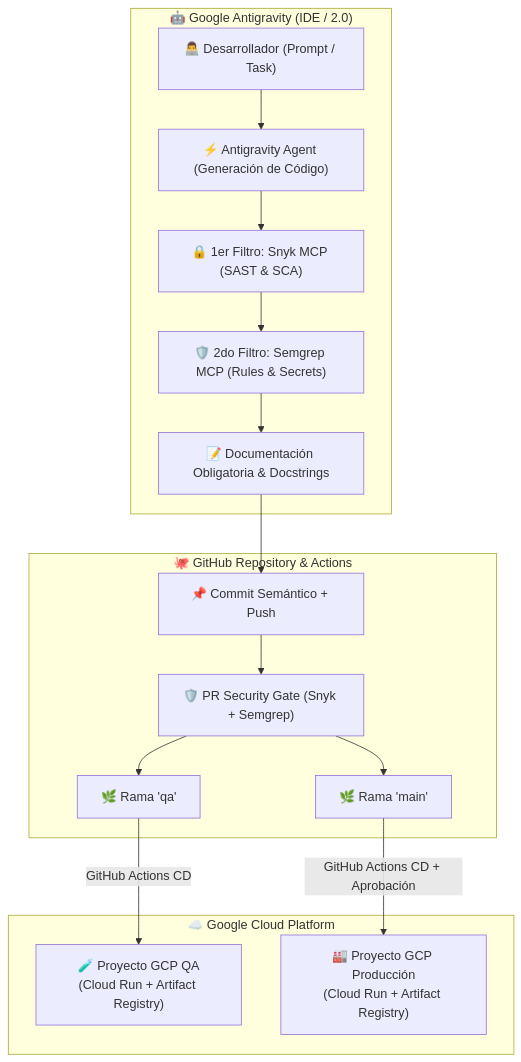
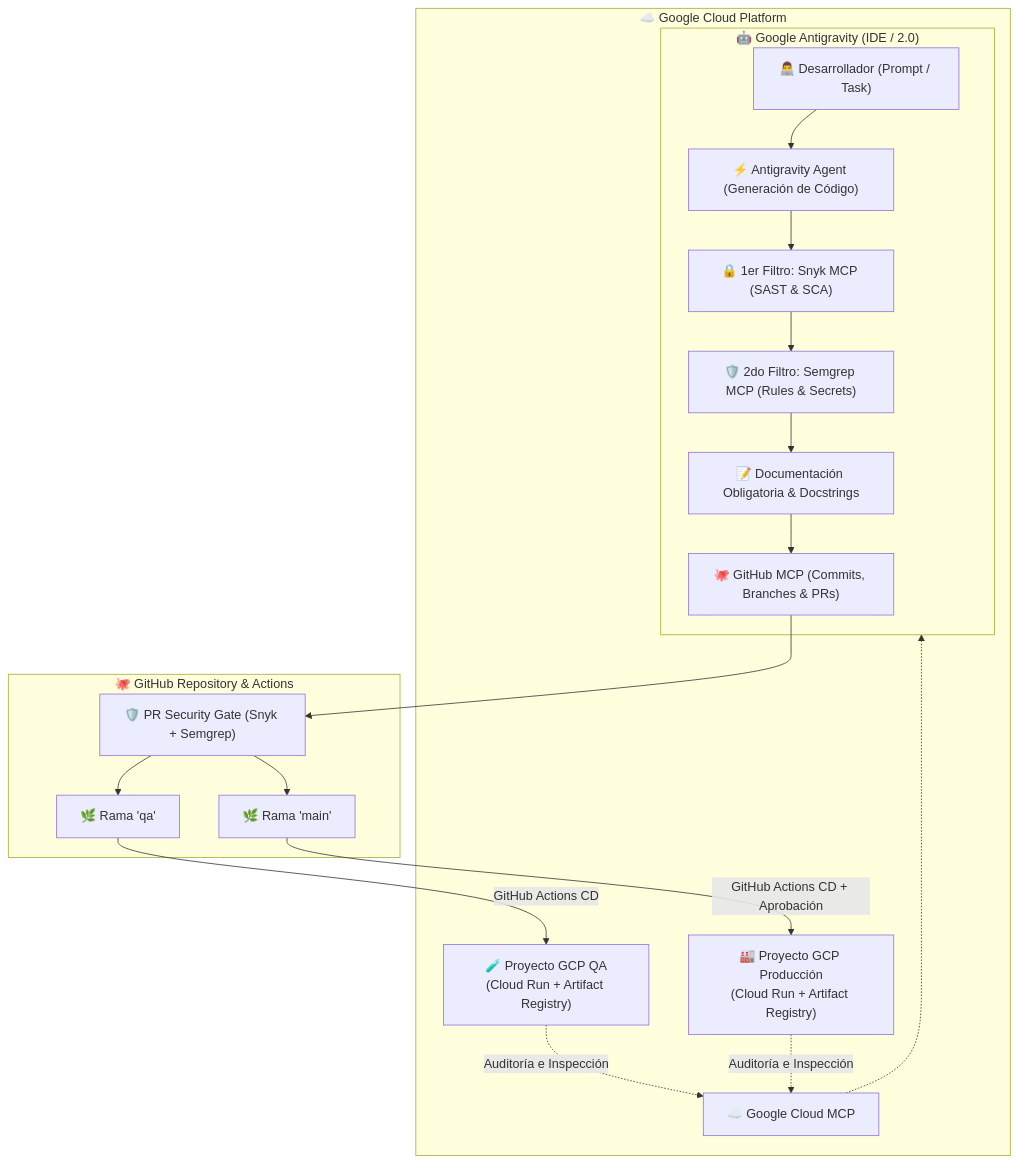
The diagram in README.md (80Olcalvo/devsecops-framework), drawn with Mermaid before and after one commit. The commit also changed other lines of this file and 3 other files, not shown here.

Commit message:
feat(mcp): agregar servidores MCP de GitHub y Google Cloud al template y documentacion

````diff
--- a/README.md
+++ b/README.md
@@ -9,21 +9,24 @@
 ```mermaid
 flowchart TD
     subgraph Antigravity [" 🤖 Google Antigravity (IDE / 2.0) "]
         DevPrompt["👨‍💻 Desarrollador (Prompt / Task)"] --> AgentGen["⚡ Antigravity Agent (Generación de Código)"]
         AgentGen --> SnykScan["🔒 1er Filtro: Snyk MCP (SAST & SCA)"]
         SnykScan --> SemgrepScan["🛡️ 2do Filtro: Semgrep MCP (Rules & Secrets)"]
         SemgrepScan --> DocsGen["📝 Documentación Obligatoria & Docstrings"]
+        DocsGen --> GitHubMCP["🐙 GitHub MCP (Commits, Branches & PRs)"]
     end
 
     subgraph GitHub [" 🐙 GitHub Repository & Actions "]
-        DocsGen --> GitCommit["📌 Commit Semántico + Push"]
-        GitCommit --> PRGate["🛡️ PR Security Gate (Snyk + Semgrep)"]
+        GitHubMCP --> PRGate["🛡️ PR Security Gate (Snyk + Semgrep)"]
         PRGate --> BranchQA["🌿 Rama 'qa'"]
         PRGate --> BranchMain["🌿 Rama 'main'"]
     end
 
     subgraph GCP [" ☁️ Google Cloud Platform "]
         BranchQA -->|GitHub Actions CD| GCPQA["🧪 Proyecto GCP QA\n(Cloud Run + Artifact Registry)"]
         BranchMain -->|GitHub Actions CD + Aprobación| GCPProd["🏭 Proyecto GCP Producción\n(Cloud Run + Artifact Registry)"]
+        GCPQA -.->|Auditoría e Inspección| GCPMCP["☁️ Google Cloud MCP"]
+        GCPProd -.->|Auditoría e Inspección| GCPMCP
+        GCPMCP -.-> Antigravity
     end
 ```
````
